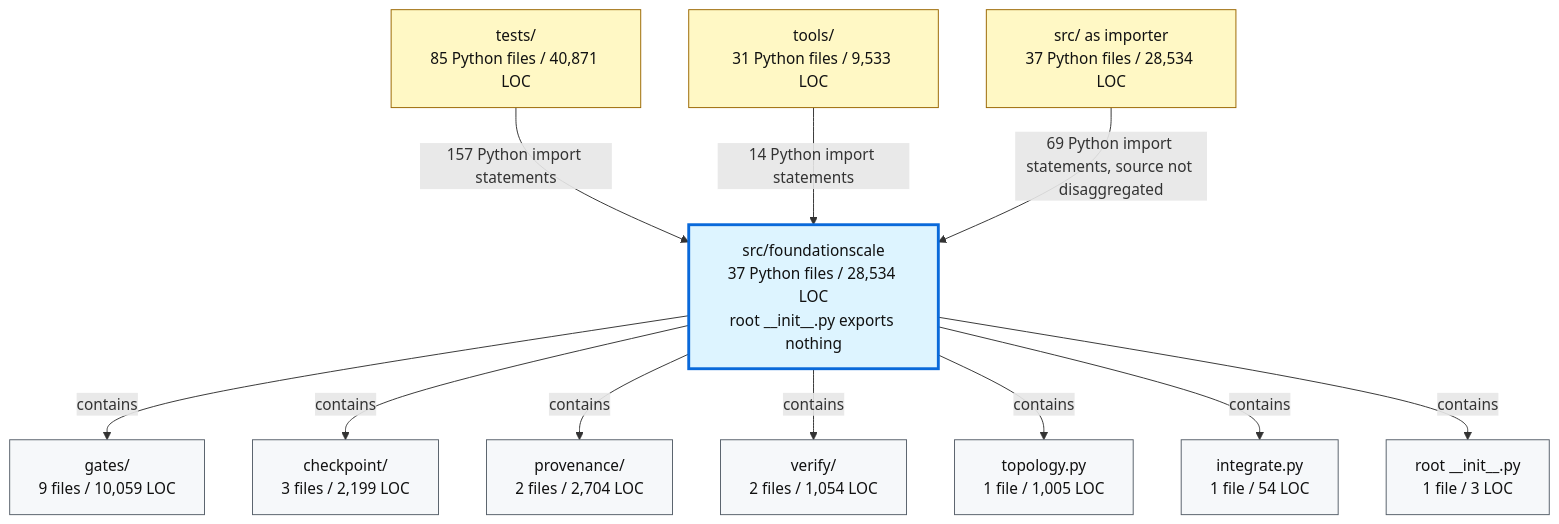
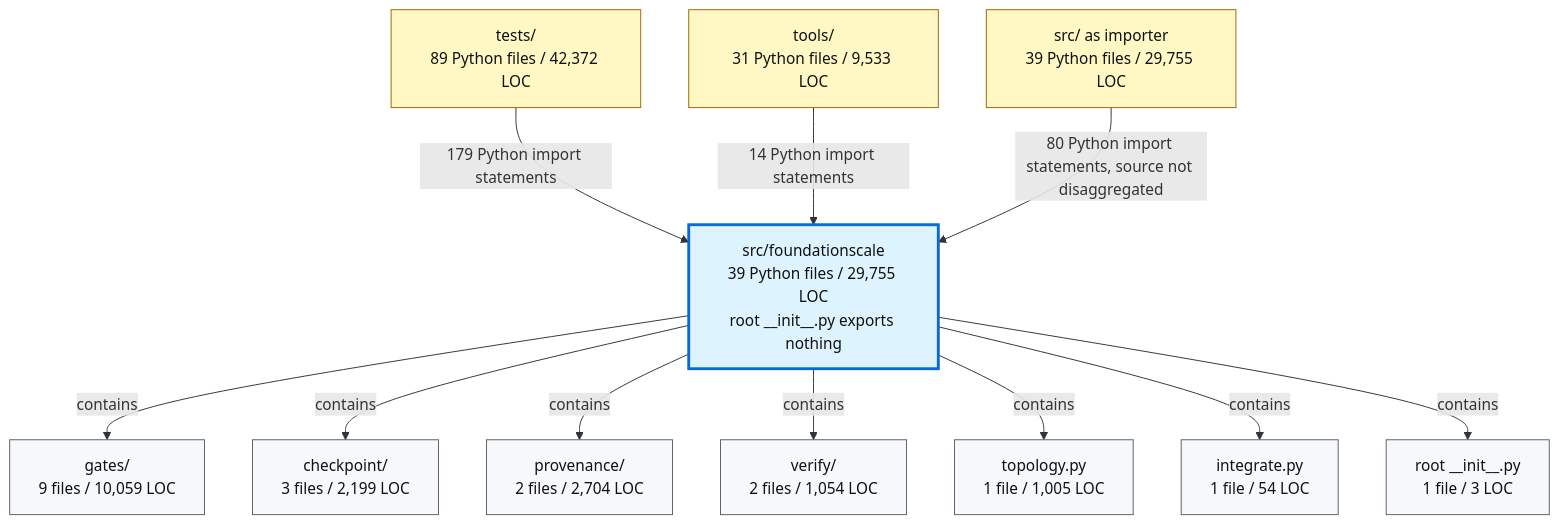
The second of 2 diagrams in docs/review/D2_current_architecture.md (TranNhiem/FoundationScale), drawn with Mermaid before and after one commit. The commit also changed other lines of this file and 21 other files, not shown here.

````diff
--- a/docs/review/D2_current_architecture.md
+++ b/docs/review/D2_current_architecture.md
@@ -97,36 +97,36 @@
 ```mermaid
 flowchart TB
-  TESTS["tests/<br/>85 Python files / 40,871 LOC"]
+  TESTS["tests/<br/>89 Python files / 42,372 LOC"]
   TOOLS["tools/<br/>31 Python files / 9,533 LOC"]
-  SRC["src/ as importer<br/>37 Python files / 28,534 LOC"]
+  SRC["src/ as importer<br/>39 Python files / 29,755 LOC"]
 
-  FS["src/foundationscale<br/>37 Python files / 28,534 LOC<br/>root __init__.py exports nothing"]
+  FS["src/foundationscale<br/>39 Python files / 29,755 LOC<br/>root __init__.py exports nothing"]
 
   GATES["gates/<br/>9 files / 10,059 LOC"]
   CKPT["checkpoint/<br/>3 files / 2,199 LOC"]
   PROV["provenance/<br/>2 files / 2,704 LOC"]
   VERIFY["verify/<br/>2 files / 1,054 LOC"]
   TOPO["topology.py<br/>1 file / 1,005 LOC"]
   INTEG["integrate.py<br/>1 file / 54 LOC"]
   ROOT["root __init__.py<br/>1 file / 3 LOC"]
 
-  TESTS -->|"157 Python import statements"| FS
+  TESTS -->|"179 Python import statements"| FS
   TOOLS -->|"14 Python import statements"| FS
-  SRC -->|"69 Python import statements, source not disaggregated"| FS
+  SRC -->|"80 Python import statements, source not disaggregated"| FS
 
   FS -->|"contains"| GATES
   FS -->|"contains"| CKPT
   FS -->|"contains"| PROV
   FS -->|"contains"| VERIFY
   FS -->|"contains"| TOPO
   FS -->|"contains"| INTEG
   FS -->|"contains"| ROOT
 
   classDef consumer fill:#fff8c5,stroke:#9a6700,color:#111;
   classDef package fill:#ddf4ff,stroke:#0969da,stroke-width:3px,color:#111;
   classDef module fill:#f6f8fa,stroke:#57606a,color:#111;
 
   class TESTS,TOOLS,SRC consumer;
   class FS package;
   class GATES,CKPT,PROV,VERIFY,TOPO,INTEG,ROOT module;
 ```
````
